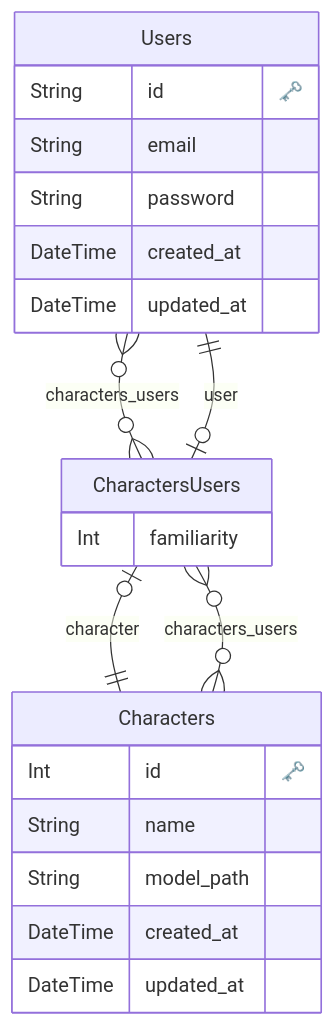
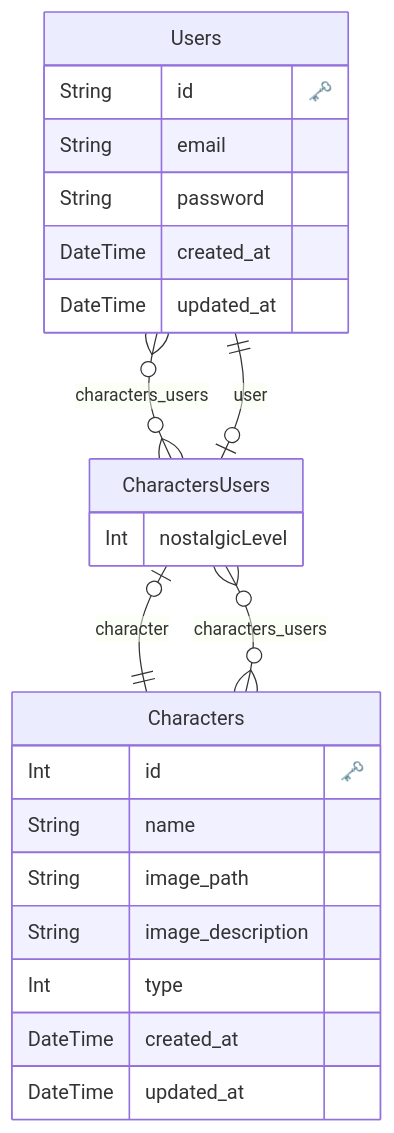
The diagram in prisma/erd.md (hal2024-HOLO-ME/holome-backend), drawn with Mermaid before and after one commit. The commit also changed 4 other files, not shown here.

Commit message:
fix: db schema

````diff
--- a/prisma/erd.md
+++ b/prisma/erd.md
@@ -1,30 +1,32 @@
 ```mermaid
 erDiagram
 
   "Users" {
     String id "🗝️"
     String email 
     String password 
     DateTime created_at 
     DateTime updated_at 
     }
   
 
   "Characters" {
     Int id "🗝️"
     String name 
-    String model_path 
+    String image_path 
+    String image_description 
+    Int type 
     DateTime created_at 
     DateTime updated_at 
     }
   
 
   "CharactersUsers" {
-    Int familiarity 
+    Int nostalgicLevel 
     }
   
     "Users" o{--}o "CharactersUsers" : "characters_users"
     "Characters" o{--}o "CharactersUsers" : "characters_users"
     "CharactersUsers" o|--|| "Users" : "user"
     "CharactersUsers" o|--|| "Characters" : "character"
 ```
````
